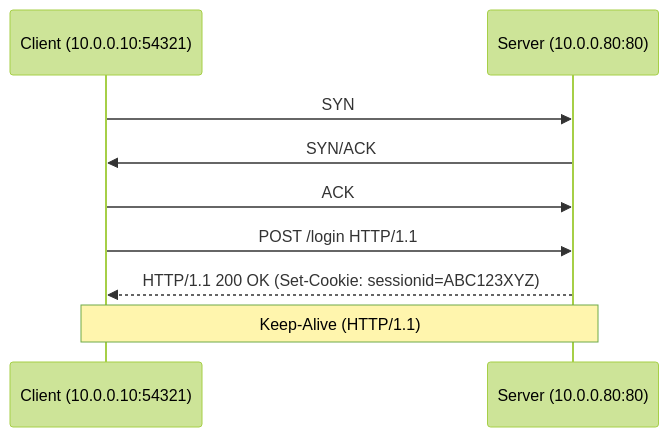
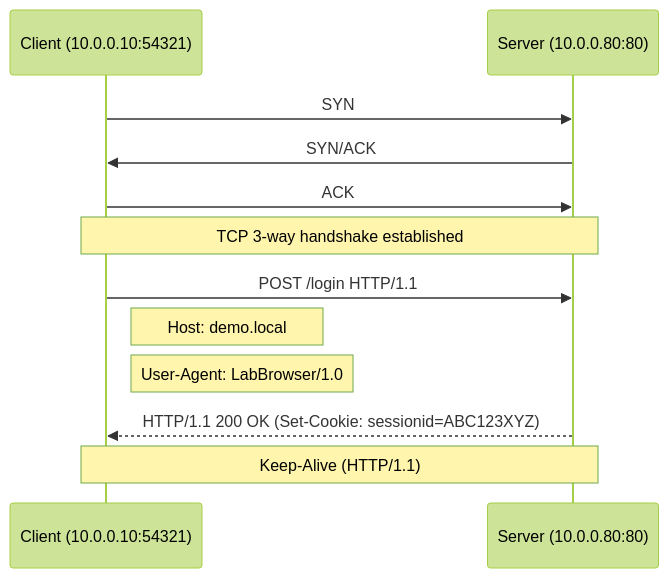
The diagram in seque.md (candragust/yes), drawn with Mermaid (forest theme) before and after one commit.

````diff
--- a/seque.md
+++ b/seque.md
@@ -1,14 +1,17 @@
 ```mermaid
 sequenceDiagram
   participant C as Client (10.0.0.10:54321)
   participant S as Server (10.0.0.80:80)
 
   C->>S: SYN
   S->>C: SYN/ACK
   C->>S: ACK
+Note over C,S: TCP 3-way handshake established
 
-  C->>S: POST /login HTTP/1.1
+  C->>S: POST /login HTTP/1.1;
+Note right of C: Host: demo.local;
+Note right of C: User-Agent: LabBrowser/1.0
   S-->>C: HTTP/1.1 200 OK (Set-Cookie: sessionid=ABC123XYZ)
 
   Note over C,S: Keep-Alive (HTTP/1.1)
 ```
````
